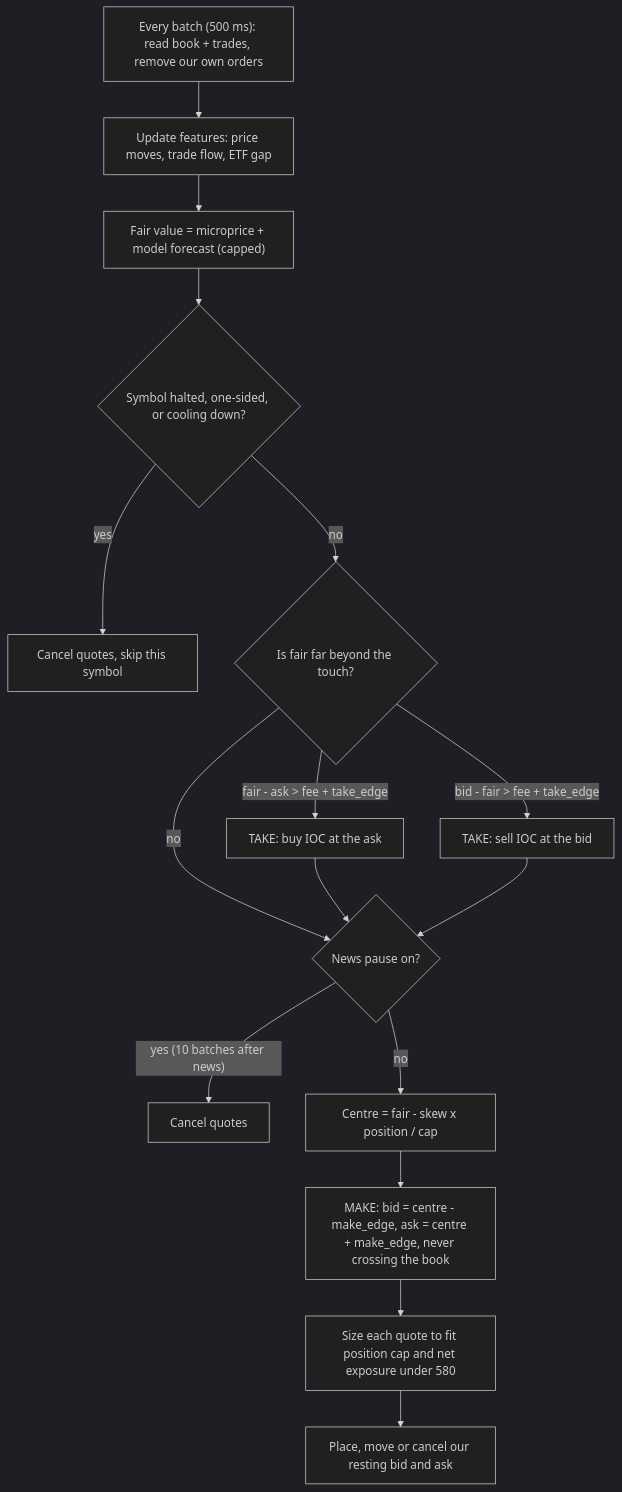
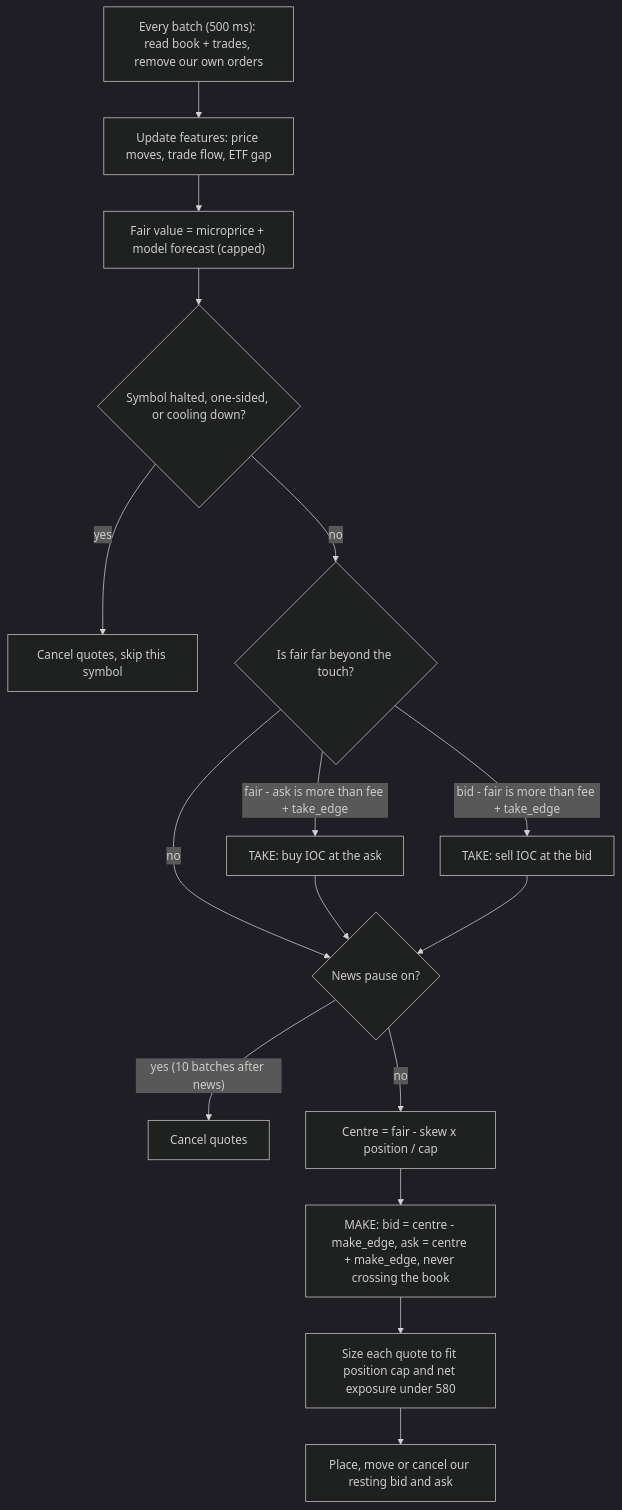
The diagram in diagrams/alpha-batch-flow.mmd (nathanhe1/princeton-quant-trading-algorithm), drawn with Mermaid (dark theme) before and after one commit. The commit also changed 4 other files, not shown here.

```diff
--- a/diagrams/alpha-batch-flow.mmd
+++ b/diagrams/alpha-batch-flow.mmd
@@ -1,16 +1,16 @@
 graph TD
   A["Every batch (500 ms): read book + trades, remove our own orders"] --> B["Update features: price moves, trade flow, ETF gap"]
   B --> C["Fair value = microprice + model forecast (capped)"]
   C --> D{"Symbol halted, one-sided, or cooling down?"}
   D -- yes --> X["Cancel quotes, skip this symbol"]
   D -- no --> E{"Is fair far beyond the touch?"}
-  E -- "fair - ask > fee + take_edge" --> F["TAKE: buy IOC at the ask"]
-  E -- "bid - fair > fee + take_edge" --> G["TAKE: sell IOC at the bid"]
+  E -- "fair - ask is more than fee + take_edge" --> F["TAKE: buy IOC at the ask"]
+  E -- "bid - fair is more than fee + take_edge" --> G["TAKE: sell IOC at the bid"]
   E -- no --> H{"News pause on?"}
   F --> H
   G --> H
   H -- "yes (10 batches after news)" --> Y["Cancel quotes"]
   H -- no --> I["Centre = fair - skew x position / cap"]
   I --> J["MAKE: bid = centre - make_edge, ask = centre + make_edge, never crossing the book"]
   J --> K["Size each quote to fit position cap and net exposure under 580"]
   K --> L["Place, move or cancel our resting bid and ask"]
```
